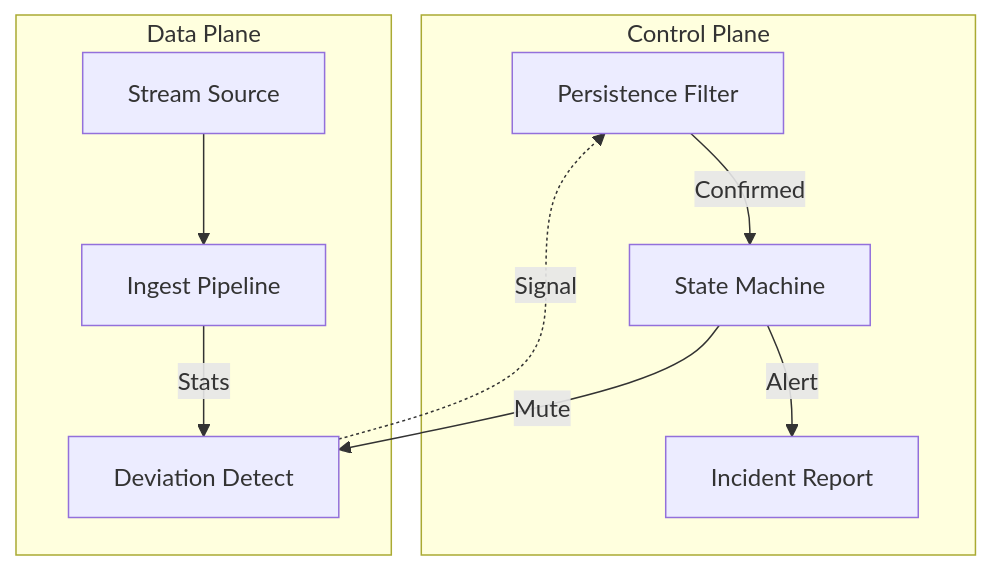
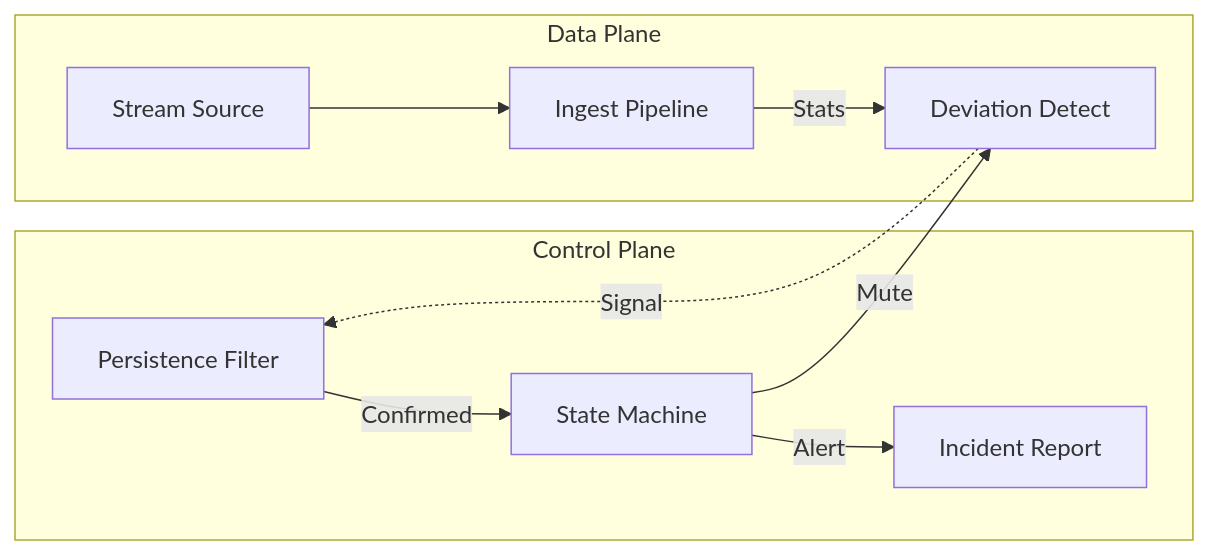
Before and after one commit to Mihirmaru22/BLACKICE: the diagram in README.md, drawn with Mermaid.

Commit message:
docs: use graph LR for mermaid to fix clipping

````diff
--- a/README.md
+++ b/README.md
@@ -74,29 +74,29 @@
 ```mermaid
-graph TD
+graph LR
   %% 1. Define Subgraphs
   subgraph Control["Control Plane"]
     PF["Persistence Filter"]
     SM["State Machine"]
     IR["Incident Report"]
   end
 
   subgraph Data["Data Plane"]
     SS["Stream Source"]
     IP["Ingest Pipeline"]
     DD["Deviation Detect"]
   end
 
   %% 2. Data Plane Flow
   SS --> IP
   IP -->|Stats| DD
 
   %% 3. Cross-Layer Signal
   DD -.->|Signal| PF
 
   %% 4. Control Plane Flow
   PF -->|Confirmed| SM
   SM -->|Alert| IR
 
   %% 5. Feedback Loop
   SM -->|Mute| DD
 ```
````
